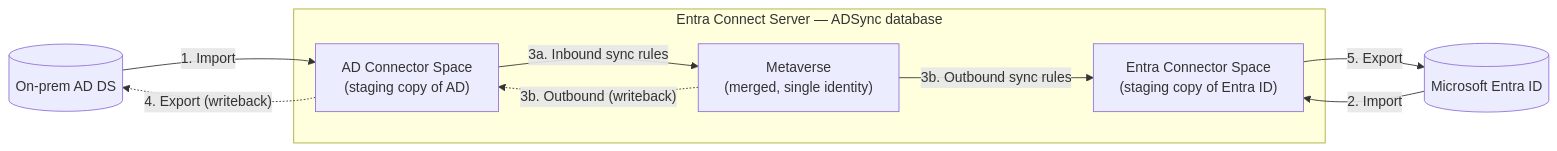
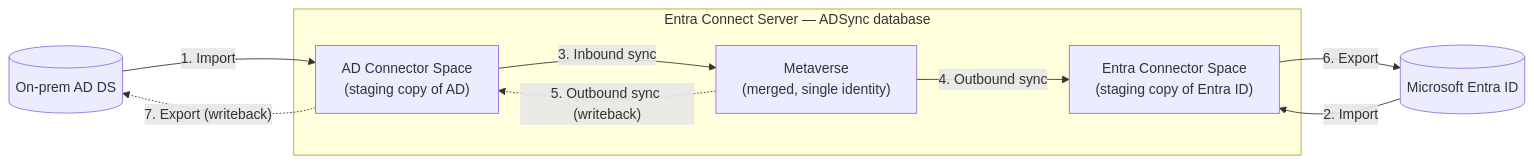
The first of 10 diagrams in README.md (earkevin11/Entra-Connect-Synchronization-Process), drawn with Mermaid before and after one commit. The commit also changed other lines of this file, not shown here.

````diff
--- a/README.md
+++ b/README.md
@@ -28,18 +28,18 @@
 ```mermaid
 flowchart LR
     AD[("On-prem AD DS")]
     subgraph SERVER["Entra Connect Server — ADSync database"]
         ADCS["AD Connector Space<br/>(staging copy of AD)"]
         MV["Metaverse<br/>(merged, single identity)"]
         AADCS["Entra Connector Space<br/>(staging copy of Entra ID)"]
     end
     AAD[("Microsoft Entra ID")]
 
     AD -- "1. Import" --> ADCS
     AAD -- "2. Import" --> AADCS
-    ADCS -- "3a. Inbound sync rules" --> MV
-    MV -- "3b. Outbound sync rules" --> AADCS
-    MV -. "3b. Outbound (writeback)" .-> ADCS
-    AADCS -- "5. Export" --> AAD
-    ADCS -. "4. Export (writeback)" .-> AD
+    ADCS -- "3. Inbound sync" --> MV
+    MV -- "4. Outbound sync" --> AADCS
+    MV -. "5. Outbound sync (writeback)" .-> ADCS
+    AADCS -- "6. Export" --> AAD
+    ADCS -. "7. Export (writeback)" .-> AD
 ```
````
